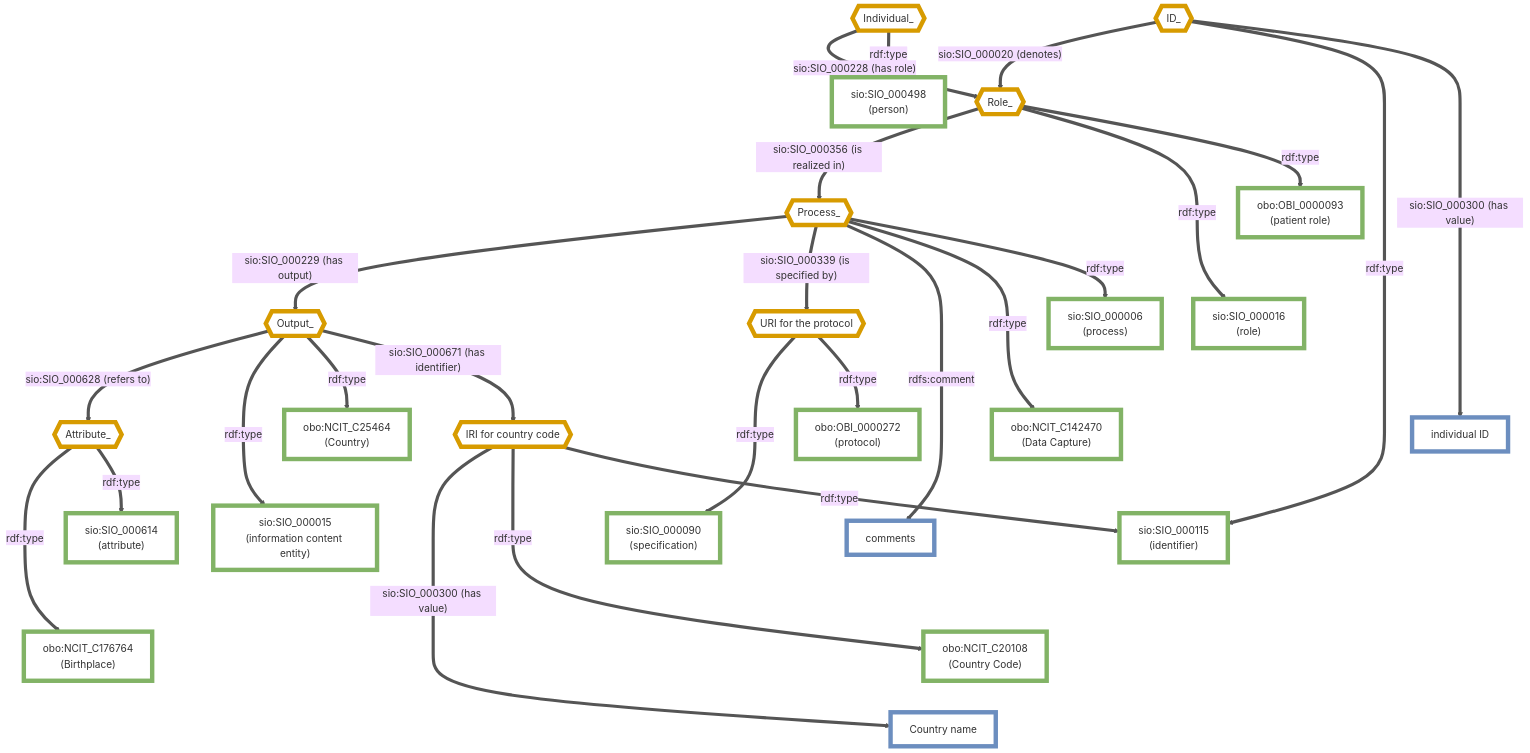
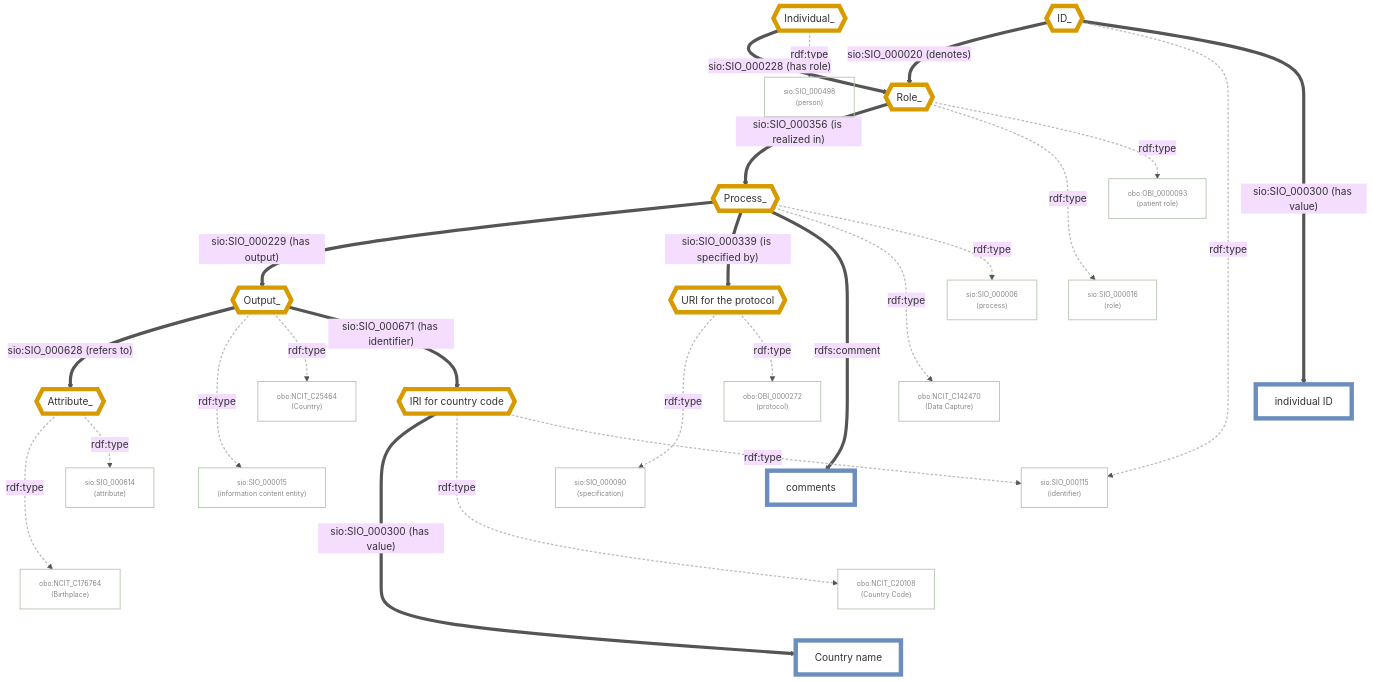
One commit to wilkinsonlab/CARE-Semantic-Model-Version-2 changed the diagram in CARE-SM-obo-Birthplace.md. Above: the diagram before and after it, drawn with Mermaid (base theme). The commit also changed 21 other files, not shown here.

Commit message:
rdf:type is now transparent so it doesn't ingterfere with the rest of the diagram.  So much better!

````diff
--- a/CARE-SM-obo-Birthplace.md
+++ b/CARE-SM-obo-Birthplace.md
@@ -14,7 +14,7 @@
 ```mermaid
 flowchart TD
     classDef usedInstance fill:#ffffff,stroke:#d79b00,stroke-width:7px,color:#333
-    classDef classNode fill:#ffffff,stroke:#82b366,stroke-width:7px,color:#333
+    classDef classNode fill:transparent,stroke:#b9c9b4,stroke-width:1.5px,color:#888,font-size:11px
     classDef dataValue fill:#ffffff,stroke:#6c8ebf,stroke-width:7px,color:#333
     linkStyle default stroke:#555,stroke-width:5px
 
@@ -90,5 +90,7 @@
     SIO_000115 ~~~ NCIT_C20108 ~~~ CountryName
     SIO_000614 ~~~ NCIT_C176764
 
+    %% rdf:type edges (indices 1,3,5,6,8,9,13,14,16,17,19,20,22,23) de-emphasized so the structural backbone stands out
+    linkStyle 1,3,5,6,8,9,13,14,16,17,19,20,22,23 stroke:#bbb,stroke-width:2px,stroke-dasharray:4 3
     linkStyle 24,25,26,27,28,29,30,31,32 stroke:none
 ```
````
